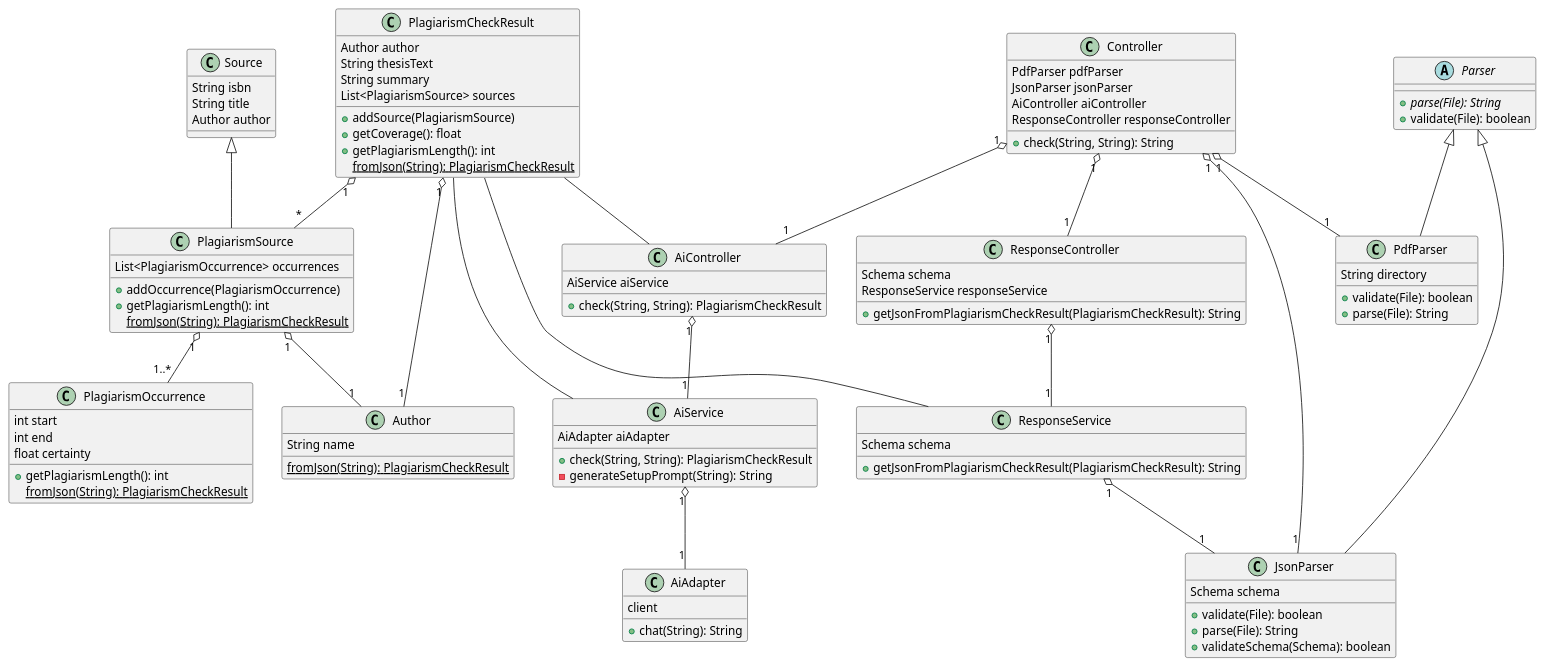
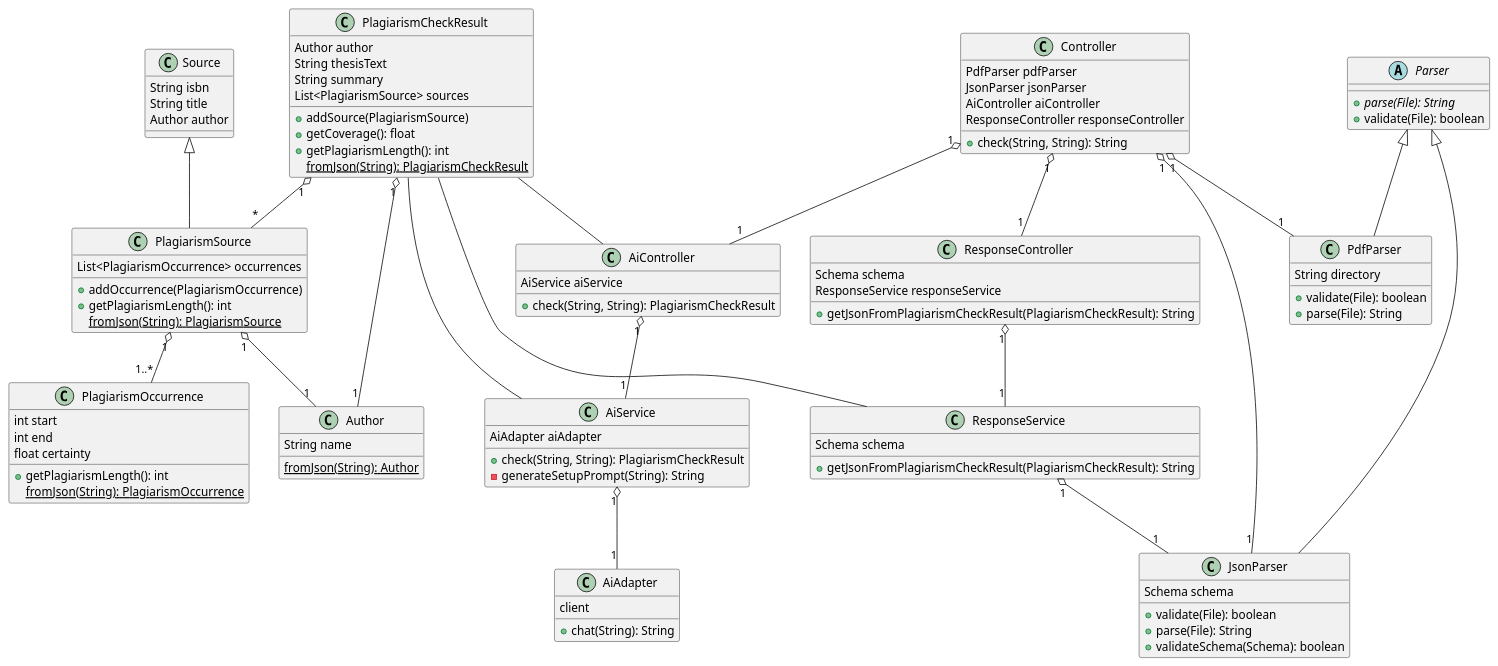
Before and after one commit to DHBW-FN/ti21-sweng2: the diagram in diagrams/classes.puml, drawn with PlantUML.

Commit message:
fix(layout): Apply various changes

```diff
--- a/diagrams/classes.puml
+++ b/diagrams/classes.puml
@@ -1,109 +1,109 @@
 @startuml Klassendiagramm
 class PlagiarismCheckResult {
     Author author
     String thesisText
     String summary
     List<PlagiarismSource> sources
     +addSource(PlagiarismSource)
     +getCoverage(): float
     +getPlagiarismLength(): int
     {static} fromJson(String): PlagiarismCheckResult
 }
 
 class PlagiarismSource extends Source {
     List<PlagiarismOccurrence> occurrences
     +addOccurrence(PlagiarismOccurrence)
     +getPlagiarismLength(): int
-    {static} fromJson(String): PlagiarismCheckResult
+    {static} fromJson(String): PlagiarismSource
 }
 
 class PlagiarismOccurrence {
     int start
     int end
     float certainty
     +getPlagiarismLength(): int
-    {static} fromJson(String): PlagiarismCheckResult
+    {static} fromJson(String): PlagiarismOccurrence
 }
 
 class Author {
     String name
-    {static} fromJson(String): PlagiarismCheckResult
+    {static} fromJson(String): Author
 }
 
 class Source {
     String isbn
     String title
     Author author
 }
 
 abstract class Parser {
     {abstract} +parse(File): String
     +validate(File): boolean
 }
 
 class PdfParser extends Parser {
     String directory
     +validate(File): boolean
     +parse(File): String
 }
 
 class JsonParser extends Parser {
     Schema schema
     +validate(File): boolean
     +parse(File): String
     +validateSchema(Schema): boolean
 }
 
 class Controller {
     PdfParser pdfParser
     JsonParser jsonParser
     AiController aiController
     ResponseController responseController
     +check(String, String): String
 }
 
 class AiController {
     AiService aiService
     +check(String, String): PlagiarismCheckResult
 }
 
 class AiService {
     AiAdapter aiAdapter
     +check(String, String): PlagiarismCheckResult
     -generateSetupPrompt(String): String
 }
 
 class AiAdapter {
     client
     +chat(String): String
 }
 
 class ResponseController {
     Schema schema
     ResponseService responseService
     +getJsonFromPlagiarismCheckResult(PlagiarismCheckResult): String
 }
 
 class ResponseService {
     Schema schema
     +getJsonFromPlagiarismCheckResult(PlagiarismCheckResult): String
 }
 
 Controller "1" o-- "1" PdfParser
 Controller "1" o-- "1" JsonParser
 Controller "1" o-- "1" AiController
 AiController "1" o-- "1" AiService
 AiService "1" o-- "1" AiAdapter
 Controller "1" o-- "1" ResponseController
 ResponseController "1" o-- "1" ResponseService
 ResponseService "1" o-- "1" JsonParser
 
 PlagiarismCheckResult -- AiController
 PlagiarismCheckResult -- AiService
 PlagiarismCheckResult -- ResponseService
 
 PlagiarismCheckResult "1" o-- "*" PlagiarismSource
 PlagiarismCheckResult "1" o-- "1" Author
 PlagiarismSource "1" o-- "1..*" PlagiarismOccurrence
 PlagiarismSource "1" o-- "1" Author
 @enduml
```
